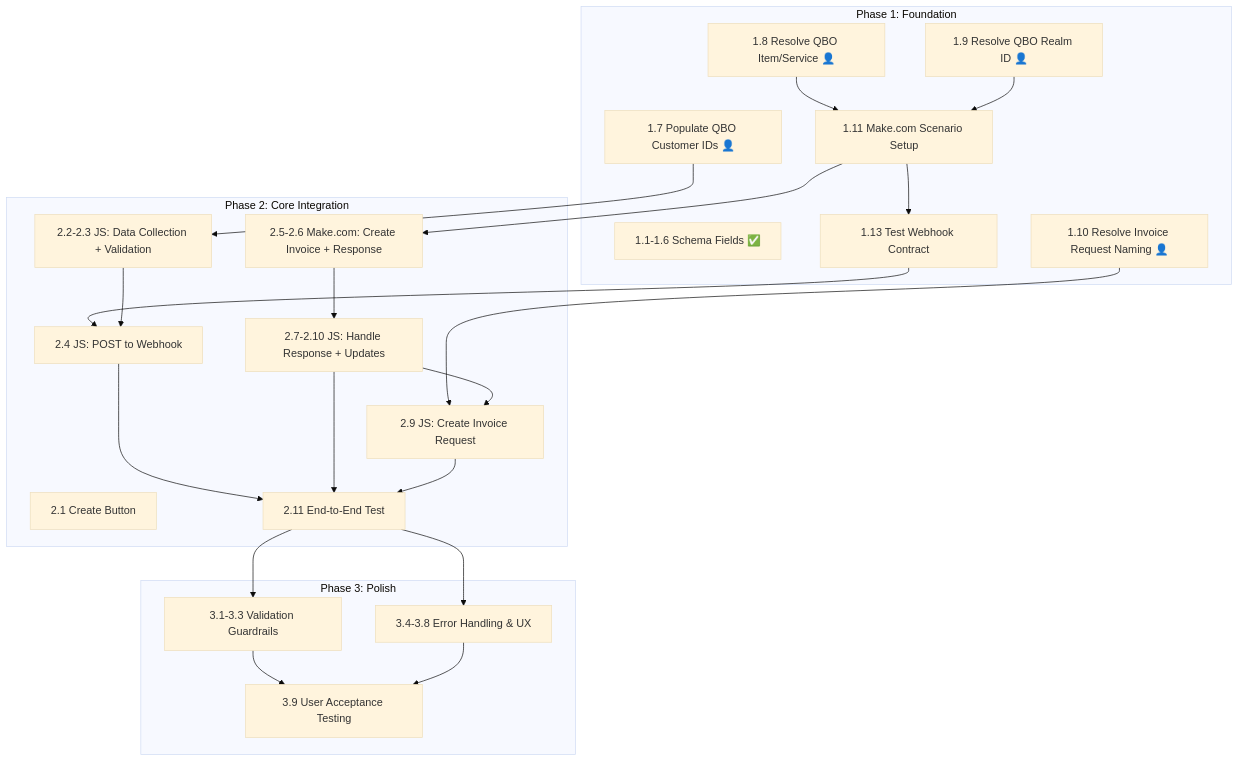
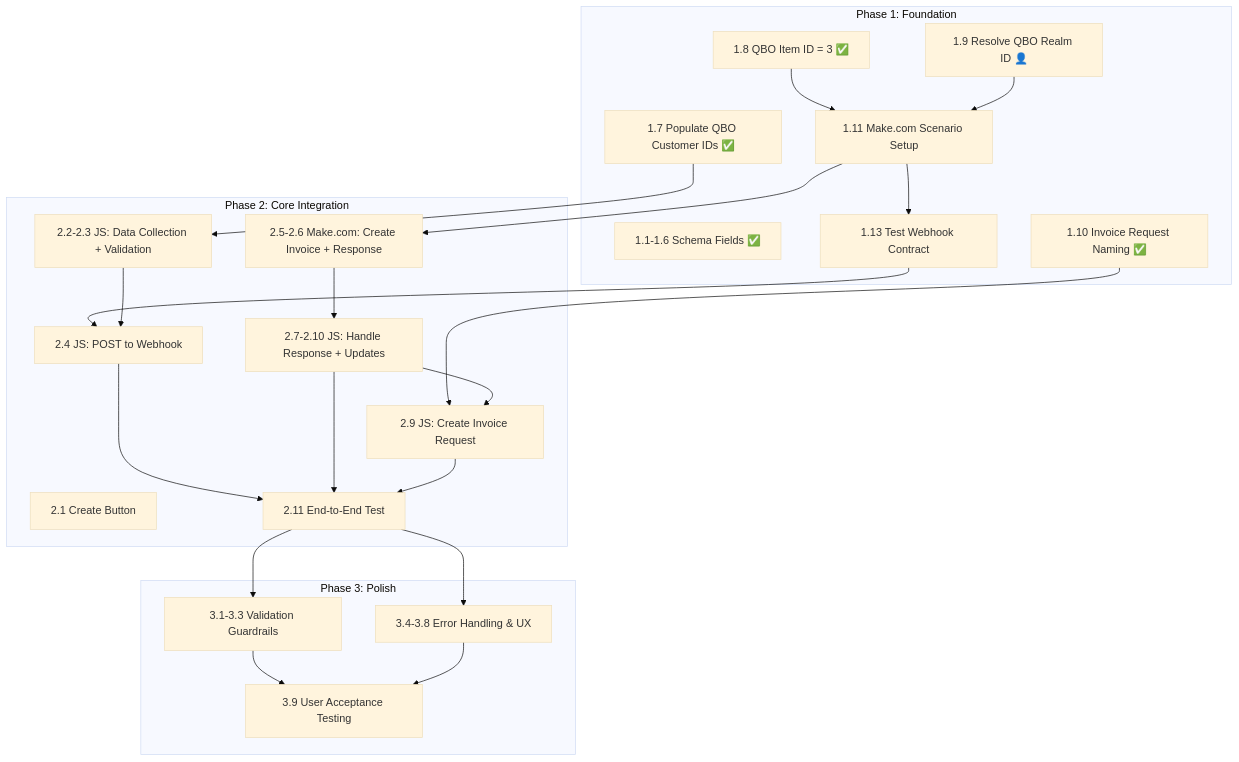
One commit to bernardw01/FiberyQBOIntegration changed the diagram in IMPLEMENTATION-PLAN.md. Above: the diagram before and after it, drawn with Mermaid (base theme). The commit also changed other lines of this file and 1 other file, not shown here.

First line of the commit message:
PRD v0.5: Resolve 3 open questions, update implementation plan

````diff
--- a/IMPLEMENTATION-PLAN.md
+++ b/IMPLEMENTATION-PLAN.md
@@ -108,46 +108,46 @@
 ```mermaid
 graph TD
     subgraph "Phase 1: Foundation"
         A1[1.1-1.6 Schema Fields ✅]
-        A7[1.7 Populate QBO Customer IDs 👤]
-        A8[1.8 Resolve QBO Item/Service 👤]
+        A7[1.7 Populate QBO Customer IDs ✅]
+        A8[1.8 QBO Item ID = 3 ✅]
         A9[1.9 Resolve QBO Realm ID 👤]
-        A10[1.10 Resolve Invoice Request Naming 👤]
+        A10[1.10 Invoice Request Naming ✅]
         A11[1.11 Make.com Scenario Setup]
         A13[1.13 Test Webhook Contract]
     end
 
     subgraph "Phase 2: Core Integration"
         B1[2.1 Create Button]
         B2[2.2-2.3 JS: Data Collection + Validation]
         B4[2.4 JS: POST to Webhook]
         B5[2.5-2.6 Make.com: Create Invoice + Response]
         B7[2.7-2.10 JS: Handle Response + Updates]
         B9[2.9 JS: Create Invoice Request]
         B11[2.11 End-to-End Test]
     end
 
     subgraph "Phase 3: Polish"
         C1[3.1-3.3 Validation Guardrails]
         C4[3.4-3.8 Error Handling & UX]
         C9[3.9 User Acceptance Testing]
     end
 
     A8 --> A11
     A9 --> A11
     A11 --> A13
     A7 --> B2
     A13 --> B4
     A11 --> B5
     A10 --> B9
     B2 --> B4
     B5 --> B7
     B7 --> B9
     B4 --> B11
     B7 --> B11
     B9 --> B11
     B11 --> C1
     B11 --> C4
     C1 --> C9
     C4 --> C9
 ```
````
